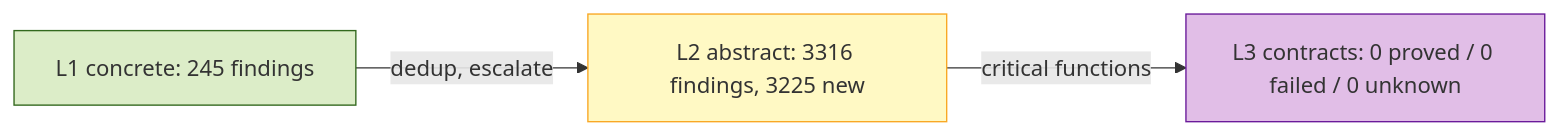
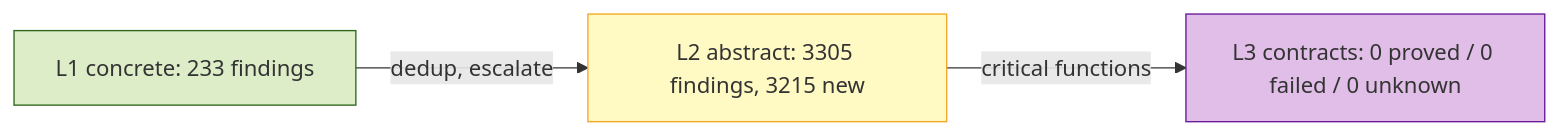
Before and after one commit to riantr/LunaFlow: the first of 6 diagrams in reports/riantr_moonbit_doubleML@latest_0.164.64.md, drawn with Mermaid. The commit also changed other lines of this file and 27 other files, not shown here.

````diff
--- a/reports/riantr_moonbit_doubleML@latest_0.164.64.md
+++ b/reports/riantr_moonbit_doubleML@latest_0.164.64.md
@@ -48,11 +48,11 @@
 ```mermaid
 flowchart LR
   classDef l1 fill:#dcedc8,stroke:#33691e
   classDef l2 fill:#fff9c4,stroke:#f9a825
   classDef l3 fill:#e1bee7,stroke:#6a1b9a
-  L1["L1 concrete: 245 findings"]:::l1
-  L2["L2 abstract: 3316 findings, 3225 new"]:::l2
+  L1["L1 concrete: 233 findings"]:::l1
+  L2["L2 abstract: 3305 findings, 3215 new"]:::l2
   L3["L3 contracts: 0 proved / 0 failed / 0 unknown"]:::l3
   L1 -->|"dedup, escalate"| L2
   L2 -->|"critical functions"| L3
 ```
````
